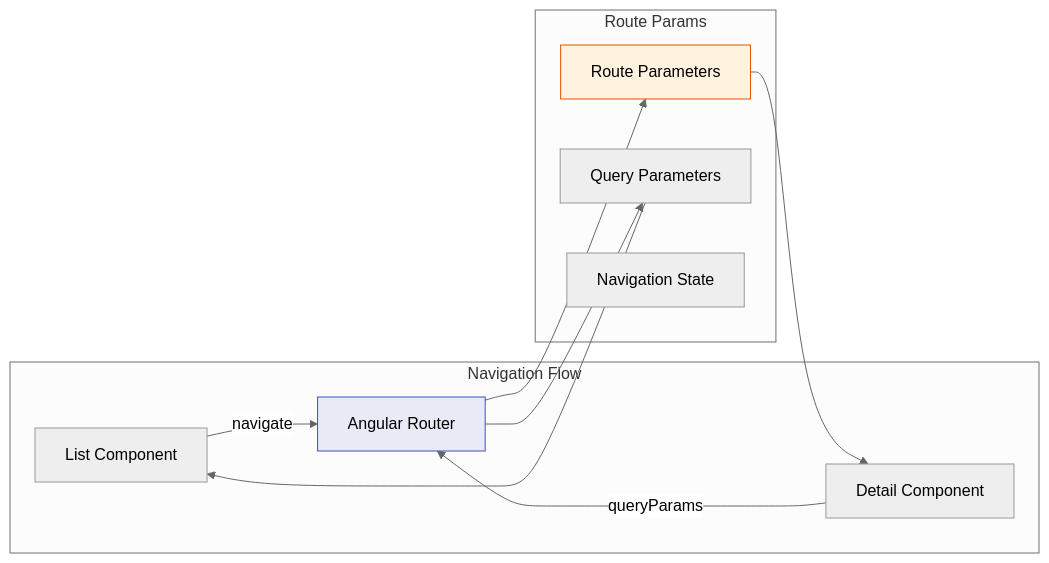
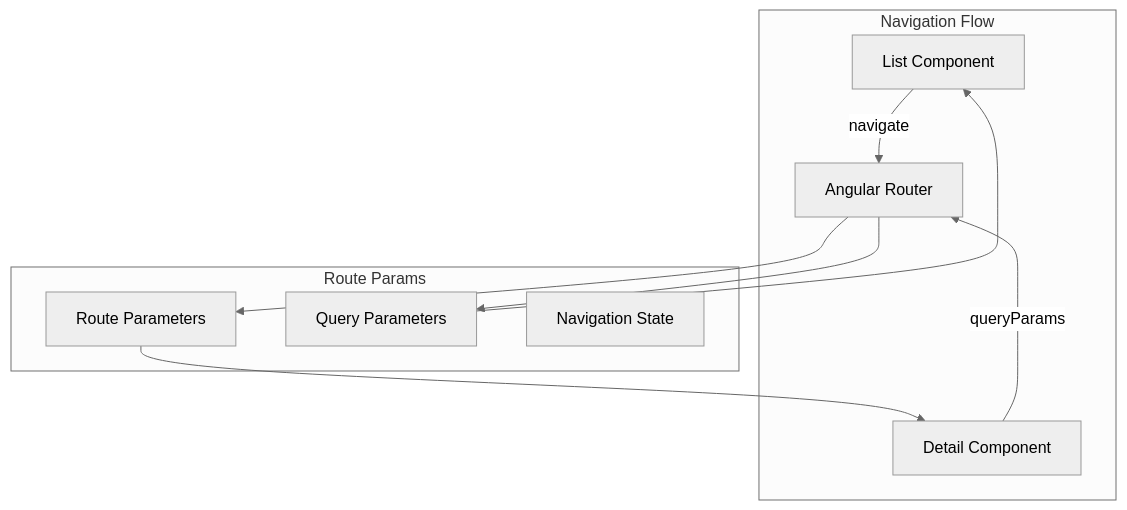
One commit to o2alexanderfedin/angular-cas-disot changed the sixth of 13 diagrams in docs/architecture/component-architecture.md. Above: the diagram before and after it, drawn with Mermaid (neutral theme). The commit also changed other lines of this file and 18 other files, not shown here.

````diff
--- a/docs/architecture/component-architecture.md
+++ b/docs/architecture/component-architecture.md
@@ -192,25 +192,22 @@
 ```mermaid
-graph LR
+graph TD
     subgraph "Navigation Flow"
         LIST[List Component]
+        ROUTER[Angular Router]
         DETAIL[Detail Component]
-        ROUTER[Angular Router]
     end
     
     subgraph "Route Params"
         PARAMS[Route Parameters]
         QUERY[Query Parameters]
         STATE[Navigation State]
     end
     
     LIST -->|navigate| ROUTER
     ROUTER --> PARAMS
     PARAMS --> DETAIL
     
     DETAIL -->|queryParams| ROUTER
     ROUTER --> QUERY
     QUERY --> LIST
-    
-    style ROUTER fill:#e8eaf6,stroke:#3f51b5
-    style PARAMS fill:#fff3e0,stroke:#e65100
 ```
````
